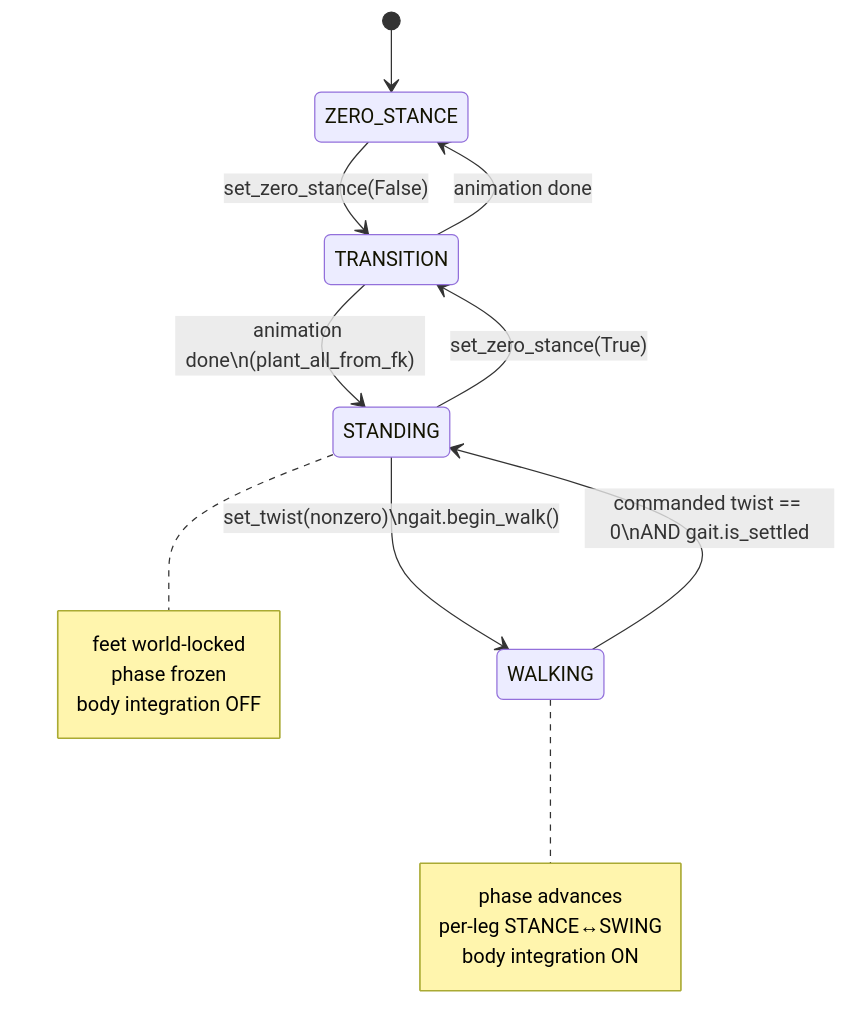
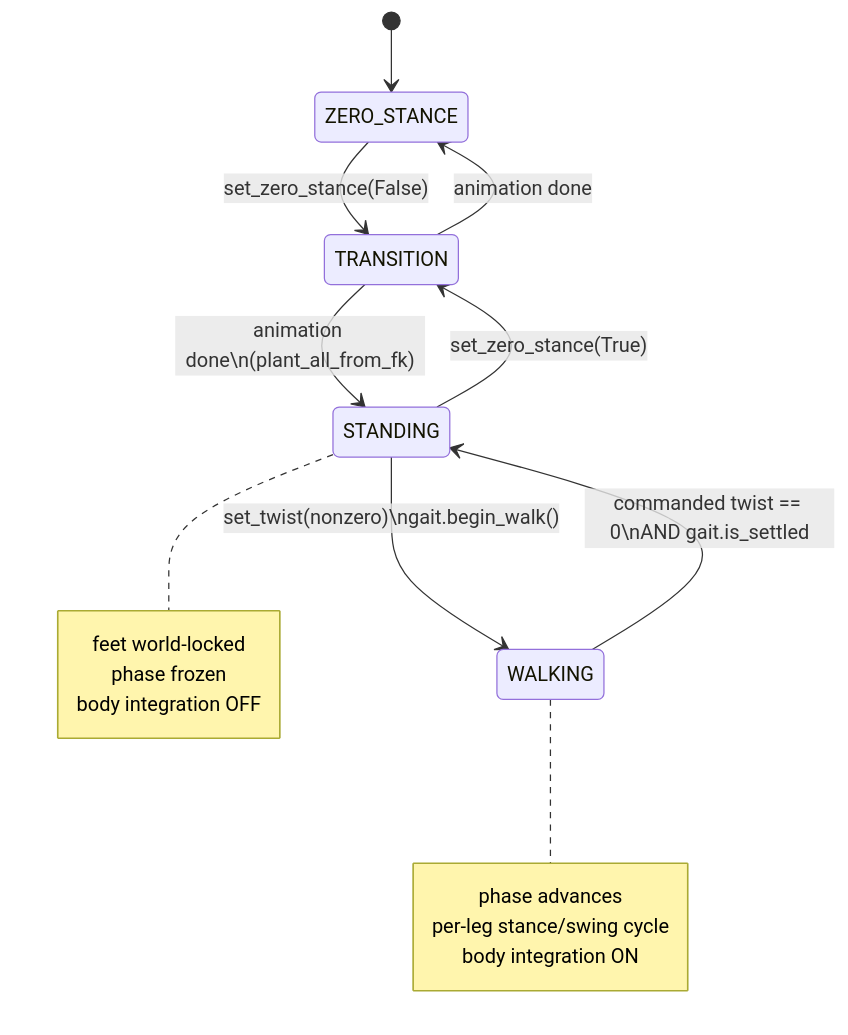
One commit to traagel/hexapod-simulator changed the fourth of 7 diagrams in README.md. Above: the diagram before and after it, drawn with Mermaid. The commit also changed other lines of this file, not shown here.

First line of the commit message:
Fix mermaid parse errors in state-machine diagrams

````diff
--- a/README.md
+++ b/README.md
@@ -267,24 +267,24 @@
 ```mermaid
 stateDiagram-v2
     [*] --> ZERO_STANCE
 
     ZERO_STANCE --> TRANSITION : set_zero_stance(False)
     STANDING    --> TRANSITION : set_zero_stance(True)
     TRANSITION  --> STANDING    : animation done\n(plant_all_from_fk)
     TRANSITION  --> ZERO_STANCE : animation done
 
     STANDING --> WALKING : set_twist(nonzero)\ngait.begin_walk()
     WALKING  --> STANDING : commanded twist == 0\nAND gait.is_settled
 
     note right of STANDING
         feet world-locked
         phase frozen
         body integration OFF
     end note
 
     note right of WALKING
         phase advances
-        per-leg STANCE↔SWING
+        per-leg stance/swing cycle
         body integration ON
     end note
 ```
````
